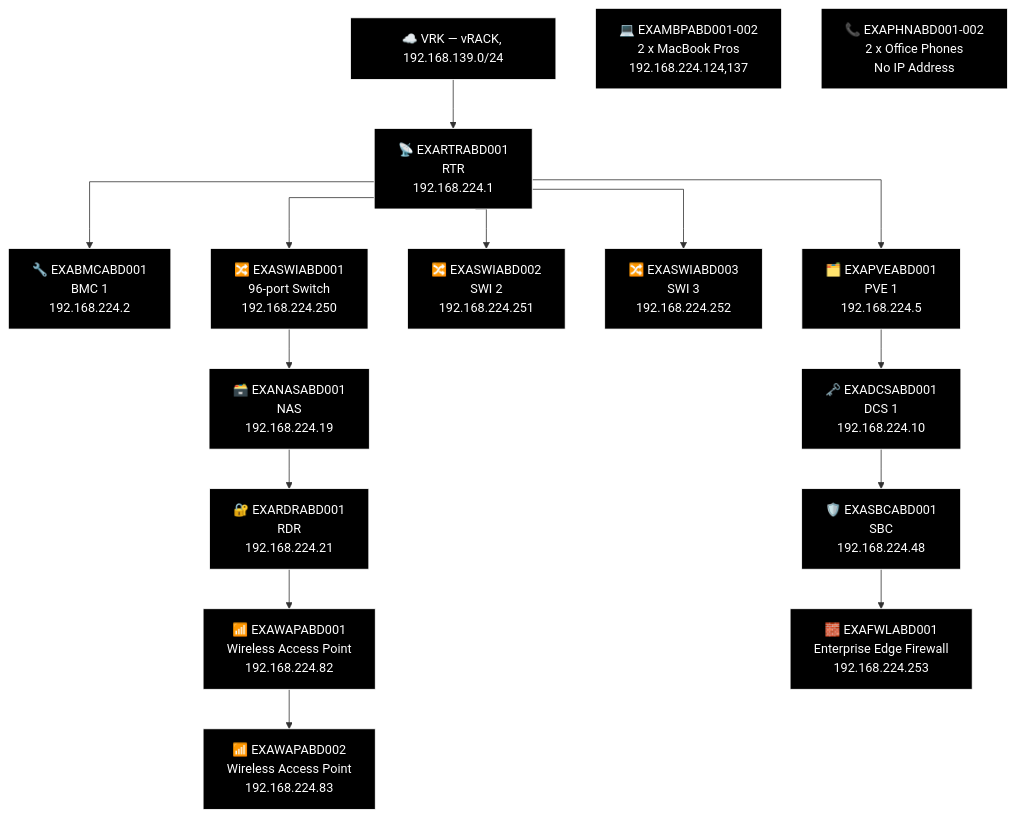
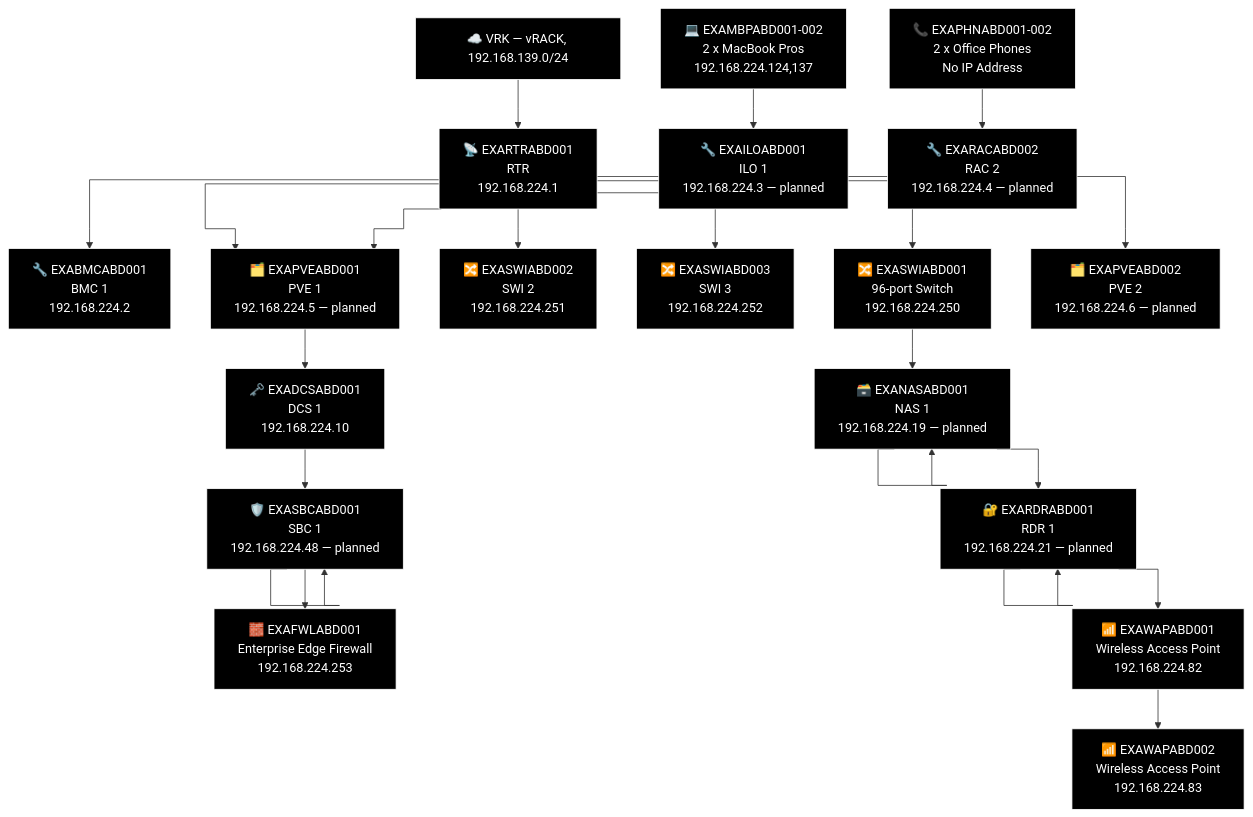
One commit to knightmare2600/example_music_infra changed diagram 21 of 21 in docs/network-diagram/scotland.md. Above: the diagram before and after it, drawn with Mermaid. The commit also changed other lines of this file and 12 other files, not shown here.

````diff
--- a/docs/network-diagram/scotland.md
+++ b/docs/network-diagram/scotland.md
@@ -1155,46 +1245,64 @@
 ```mermaid
 %% GENERATED:TOPOLOGY:ABD:START
 %%{init: {'flowchart': {'curve': 'stepAfter'}}}%%
 graph TD
     T_VRK["☁️ VRK — vRACK, 192.168.139.0/24"]
     T_RTR["📡 EXARTRABD001<br/>RTR<br/>192.168.224.1"]
     T_VRK --> T_RTR
     T_BMC["🔧 EXABMCABD001<br/>BMC 1<br/>192.168.224.2"]
     T_RTR --> T_BMC
     T_PVE["🗂️ EXAPVEABD001<br/>PVE 1<br/>192.168.224.5"]
     T_RTR --> T_PVE
     T_SWI["🔀 EXASWIABD002<br/>SWI 2<br/>192.168.224.251"]
     T_RTR --> T_SWI
     T_SWI2["🔀 EXASWIABD003<br/>SWI 3<br/>192.168.224.252"]
     T_RTR --> T_SWI2
     T_SWI3["🔀 EXASWIABD001<br/>96-port Switch<br/>192.168.224.250"]
     T_RTR --> T_SWI3
+    T_PVE["🗂️ EXAPVEABD001<br/>PVE 1<br/>192.168.224.5 — planned"]
+    T_RTR --> T_PVE
+    T_PVE2["🗂️ EXAPVEABD002<br/>PVE 2<br/>192.168.224.6 — planned"]
+    T_RTR --> T_PVE2
     T_NAS["🗃️ EXANASABD001<br/>NAS<br/>192.168.224.19"]
+    T_NAS["🗃️ EXANASABD001<br/>NAS 1<br/>192.168.224.19 — planned"]
     T_RDR["🔐 EXARDRABD001<br/>RDR<br/>192.168.224.21"]
+    T_RDR["🔐 EXARDRABD001<br/>RDR 1<br/>192.168.224.21 — planned"]
     T_WAP["📶 EXAWAPABD001<br/>Wireless Access Point<br/>192.168.224.82"]
     T_WAP2["📶 EXAWAPABD002<br/>Wireless Access Point<br/>192.168.224.83"]
-    T_SWI3 --> T_NAS --> T_RDR --> T_WAP --> T_WAP2
+    T_SWI3 --> T_NAS --> T_NAS --> T_RDR --> T_RDR --> T_WAP --> T_WAP2
     T_DCS["🗝️ EXADCSABD001<br/>DCS 1<br/>192.168.224.10"]
     T_SBC["🛡️ EXASBCABD001<br/>SBC<br/>192.168.224.48"]
+    T_SBC["🛡️ EXASBCABD001<br/>SBC 1<br/>192.168.224.48 — planned"]
     T_FWL["🧱 EXAFWLABD001<br/>Enterprise Edge Firewall<br/>192.168.224.253"]
-    T_PVE --> T_DCS --> T_SBC --> T_FWL
+    T_PVE --> T_DCS --> T_SBC --> T_SBC --> T_FWL
     T_OTH_MBP["💻 EXAMBPABD001-002<br/>2 x MacBook Pros<br/>192.168.224.124,137"]
     T_OTH_PHN["📞 EXAPHNABD001-002<br/>2 x Office Phones<br/>No IP Address"]
+    T_ILO["🔧 EXAILOABD001<br/>ILO 1<br/>192.168.224.3 — planned"]
+    T_RAC["🔧 EXARACABD002<br/>RAC 2<br/>192.168.224.4 — planned"]
+    T_OTH_MBP --> T_ILO
+    T_OTH_PHN --> T_RAC
     style T_VRK fill:#000000,stroke:#FFFFFF,color:#FFFFFF
     style T_RTR fill:#000000,stroke:#FFFFFF,color:#FFFFFF
     style T_BMC fill:#000000,stroke:#FFFFFF,color:#FFFFFF
     style T_PVE fill:#000000,stroke:#FFFFFF,color:#FFFFFF
     style T_SWI fill:#000000,stroke:#FFFFFF,color:#FFFFFF
     style T_SWI2 fill:#000000,stroke:#FFFFFF,color:#FFFFFF
     style T_SWI3 fill:#000000,stroke:#FFFFFF,color:#FFFFFF
+    style T_PVE fill:#000000,stroke:#FFFFFF,color:#FFFFFF
+    style T_PVE2 fill:#000000,stroke:#FFFFFF,color:#FFFFFF
     style T_NAS fill:#000000,stroke:#FFFFFF,color:#FFFFFF
+    style T_NAS fill:#000000,stroke:#FFFFFF,color:#FFFFFF
+    style T_RDR fill:#000000,stroke:#FFFFFF,color:#FFFFFF
     style T_RDR fill:#000000,stroke:#FFFFFF,color:#FFFFFF
     style T_WAP fill:#000000,stroke:#FFFFFF,color:#FFFFFF
     style T_WAP2 fill:#000000,stroke:#FFFFFF,color:#FFFFFF
     style T_DCS fill:#000000,stroke:#FFFFFF,color:#FFFFFF
     style T_SBC fill:#000000,stroke:#FFFFFF,color:#FFFFFF
+    style T_SBC fill:#000000,stroke:#FFFFFF,color:#FFFFFF
     style T_FWL fill:#000000,stroke:#FFFFFF,color:#FFFFFF
     style T_OTH_MBP fill:#000000,stroke:#FFFFFF,color:#FFFFFF
     style T_OTH_PHN fill:#000000,stroke:#FFFFFF,color:#FFFFFF
+    style T_ILO fill:#000000,stroke:#FFFFFF,color:#FFFFFF
+    style T_RAC fill:#000000,stroke:#FFFFFF,color:#FFFFFF
 %% GENERATED:TOPOLOGY:ABD:END
 ```
````
